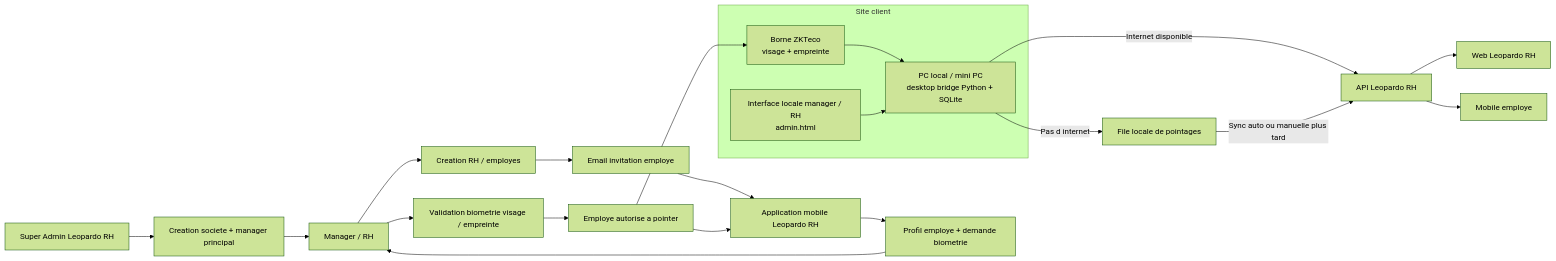
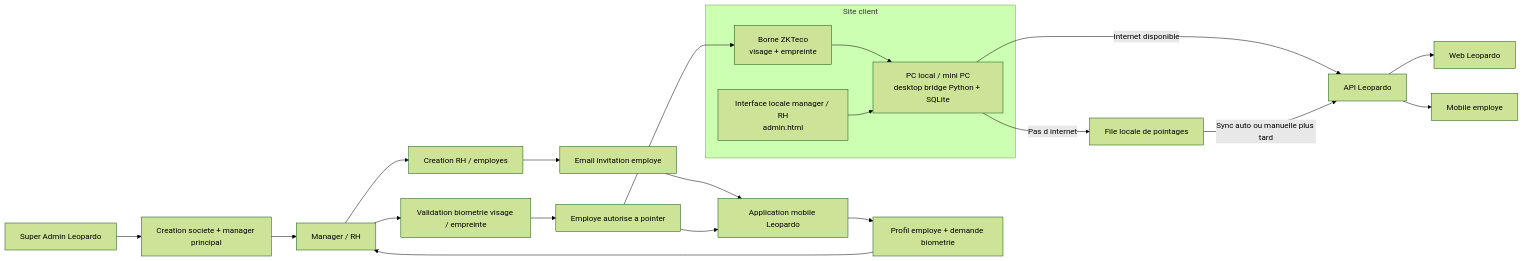
One commit to kitokoh/leopardo-hr changed the first of 2 diagrams in docs/GESTION_PROJET/SCHEMA_DEPLOIEMENT_ZKTECO_CLIENT.md. Above: the diagram before and after it, drawn with Mermaid (forest theme). The commit also changed other lines of this file and 113 other files, not shown here.

````diff
--- a/docs/GESTION_PROJET/SCHEMA_DEPLOIEMENT_ZKTECO_CLIENT.md
+++ b/docs/GESTION_PROJET/SCHEMA_DEPLOIEMENT_ZKTECO_CLIENT.md
@@ -7,30 +7,30 @@
 ```mermaid
 flowchart LR
-    A["Super Admin Leopardo RH"] --> B["Creation societe + manager principal"]
+    A["Super Admin Leopardo"] --> B["Creation societe + manager principal"]
     B --> C["Manager / RH"]
     C --> D["Creation RH / employes"]
     D --> E["Email invitation employe"]
-    E --> F["Application mobile Leopardo RH"]
+    E --> F["Application mobile Leopardo"]
     F --> G["Profil employe + demande biometrie"]
     G --> C
     C --> H["Validation biometrie visage / empreinte"]
 
     subgraph SITE["Site client"]
         I["Borne ZKTeco<br/>visage + empreinte"]
         J["PC local / mini PC<br/>desktop bridge Python + SQLite"]
         K["Interface locale manager / RH<br/>admin.html"]
         I --> J
         K --> J
     end
 
     H --> L["Employe autorise a pointer"]
     L --> F
     L --> I
 
-    J -->|"Internet disponible"| M["API Leopardo RH"]
+    J -->|"Internet disponible"| M["API Leopardo"]
     J -->|"Pas d internet"| N["File locale de pointages"]
     N -->|"Sync auto ou manuelle plus tard"| M
 
-    M --> O["Web Leopardo RH"]
+    M --> O["Web Leopardo"]
     M --> P["Mobile employe"]
 ```
````
